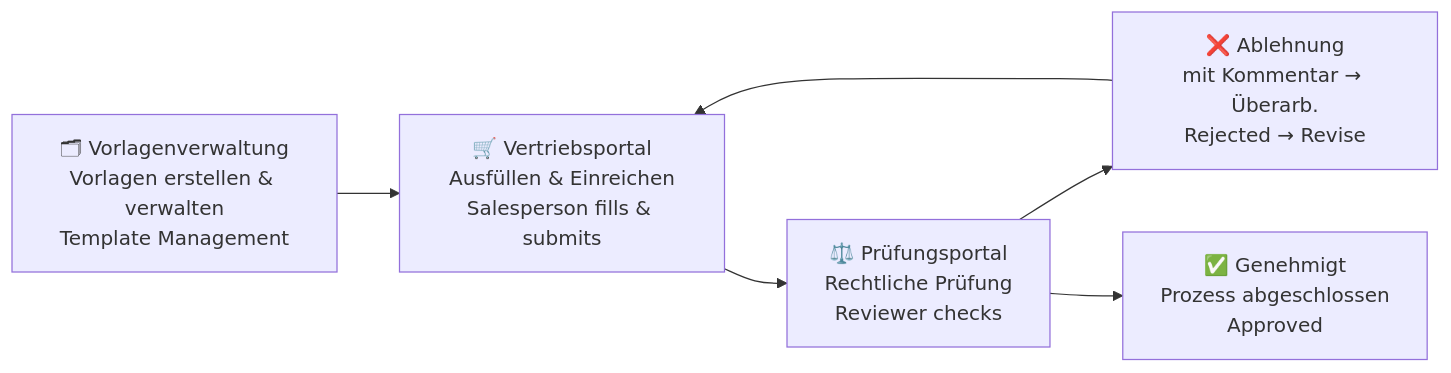
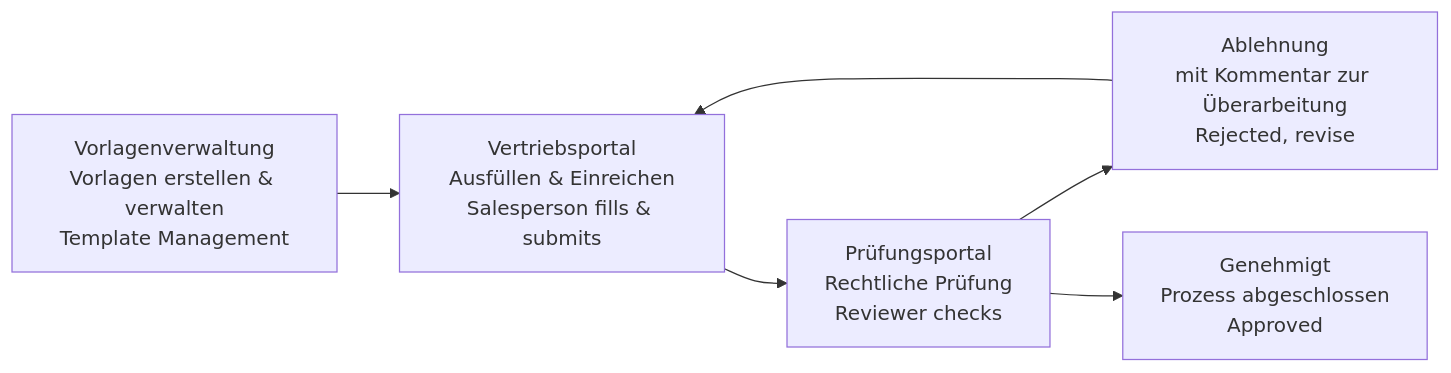
Before and after one commit to malala2409/contract-system-Vertragsmanagementsystem: the diagram in README.md, drawn with Mermaid. The commit also changed other lines of this file, not shown here.

````diff
--- a/README.md
+++ b/README.md
@@ -239,8 +239,8 @@
 ```mermaid
 flowchart LR
-    A["🗂 Vorlagenverwaltung\nVorlagen erstellen & verwalten\nTemplate Management"] --> B["🛒 Vertriebsportal\nAusfüllen & Einreichen\nSalesperson fills & submits"]
-    B --> C["⚖️ Prüfungsportal\nRechtliche Prüfung\nReviewer checks"]
-    C --> D["❌ Ablehnung\nmit Kommentar → Überarb.\nRejected → Revise"]
-    C --> E["✅ Genehmigt\nProzess abgeschlossen\nApproved"]
+    A["Vorlagenverwaltung\nVorlagen erstellen & verwalten\nTemplate Management"] --> B["Vertriebsportal\nAusfüllen & Einreichen\nSalesperson fills & submits"]
+    B --> C["Prüfungsportal\nRechtliche Prüfung\nReviewer checks"]
+    C --> D["Ablehnung\nmit Kommentar zur Überarbeitung\nRejected, revise"]
+    C --> E["Genehmigt\nProzess abgeschlossen\nApproved"]
     D --> B
 ```
````
